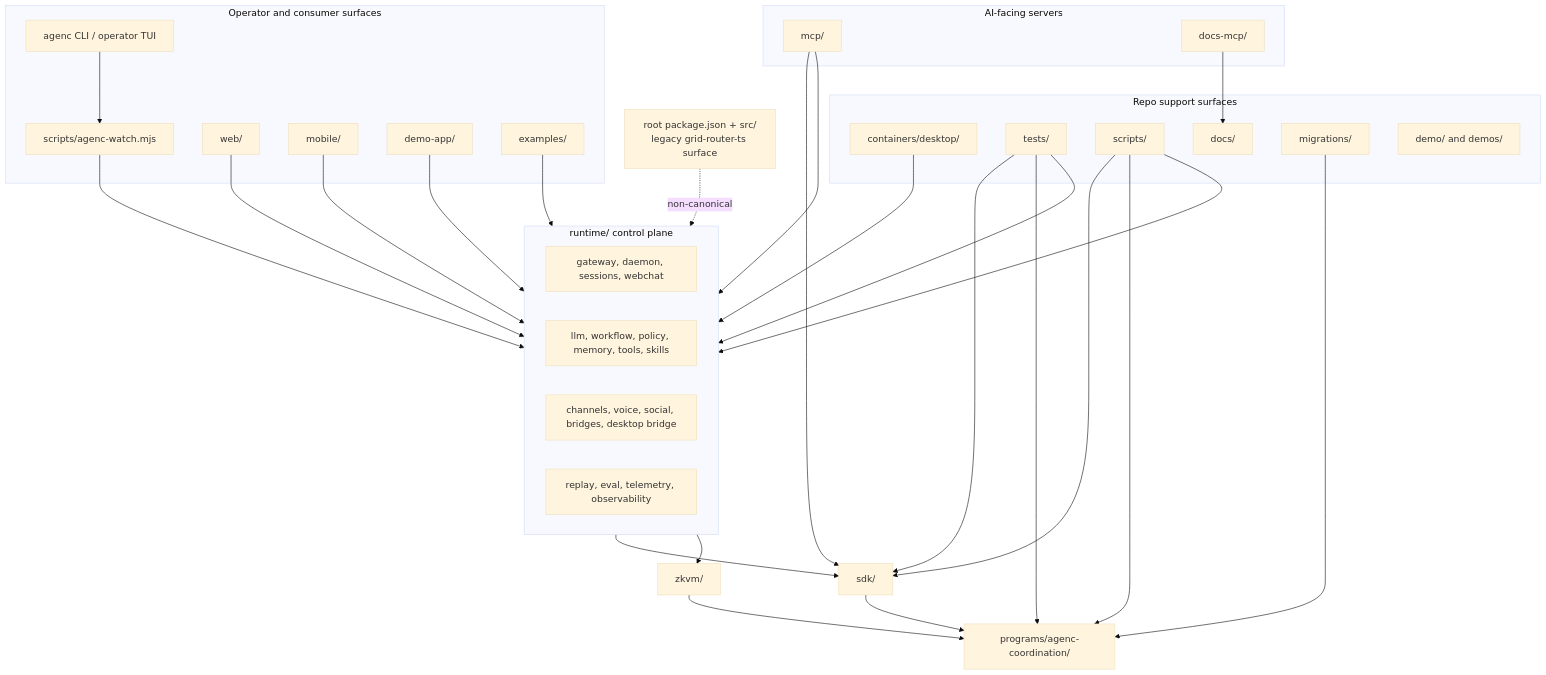
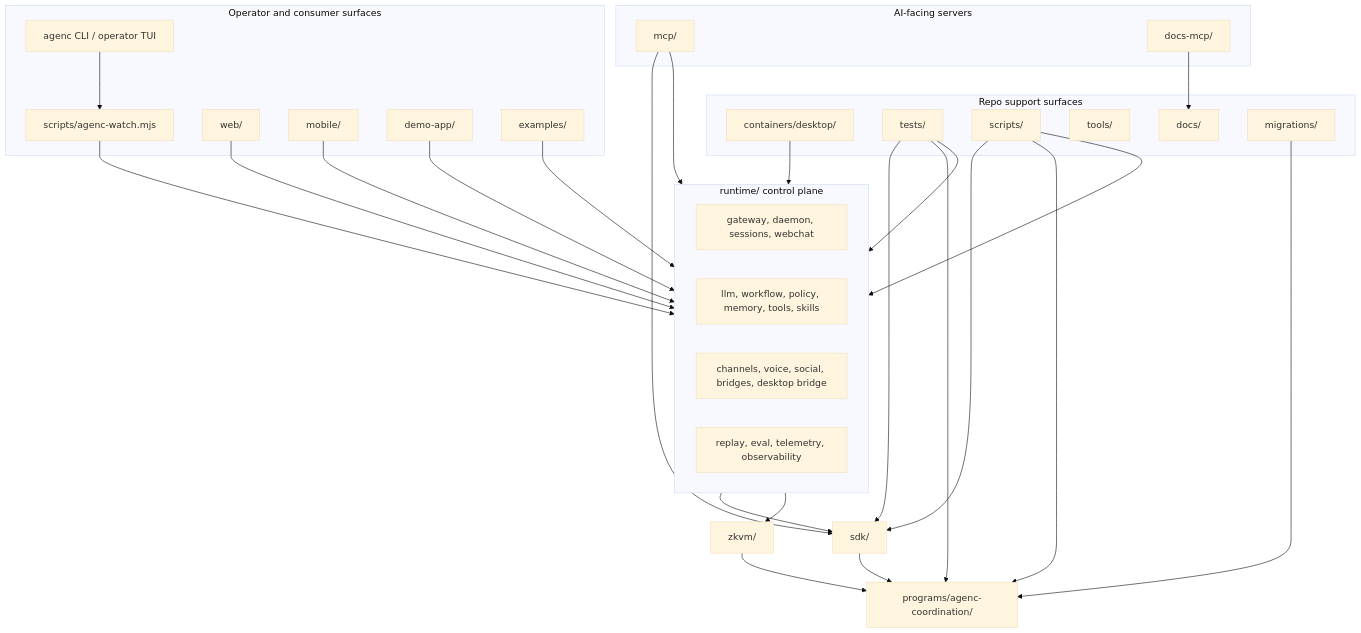
One commit to tetsuo-ai/AgenC changed the diagram in README.md. Above: the diagram before and after it, drawn with Mermaid (base theme). The commit also changed other lines of this file and 233 other files, not shown here.

````diff
--- a/README.md
+++ b/README.md
@@ -686,61 +685,58 @@
 ```mermaid
 flowchart TB
   subgraph consumers["Operator and consumer surfaces"]
     agenc["agenc CLI / operator TUI"]
     watch["scripts/agenc-watch.mjs"]
     web["web/"]
     mobile["mobile/"]
     demoapp["demo-app/"]
     examples["examples/"]
   end
 
   subgraph services["AI-facing servers"]
     mcp["mcp/"]
     docsmcp["docs-mcp/"]
   end
 
   subgraph runtime["runtime/ control plane"]
     gateway["gateway, daemon, sessions, webchat"]
     execution["llm, workflow, policy, memory, tools, skills"]
     integrations["channels, voice, social, bridges, desktop bridge"]
     reliability["replay, eval, telemetry, observability"]
   end
 
   sdk["sdk/"]
   program["programs/agenc-coordination/"]
   zkvm["zkvm/"]
 
   subgraph support["Repo support surfaces"]
     containers["containers/desktop/"]
     tests["tests/"]
     scripts["scripts/"]
+    tools["tools/"]
     docs["docs/"]
     migrations["migrations/"]
-    demos["demo/ and demos/"]
   end
-
-  legacy["root package.json + src/\nlegacy grid-router-ts surface"]
 
   agenc --> watch
   watch --> runtime
   web --> runtime
   mobile --> runtime
   demoapp --> runtime
   examples --> runtime
   mcp --> runtime
   mcp --> sdk
   docsmcp --> docs
   runtime --> sdk
   runtime --> zkvm
   sdk --> program
   zkvm --> program
   containers --> runtime
   tests --> runtime
   tests --> sdk
   tests --> program
   scripts --> runtime
   scripts --> sdk
   scripts --> program
   migrations --> program
-  legacy -. non-canonical .-> runtime
 ```
````
